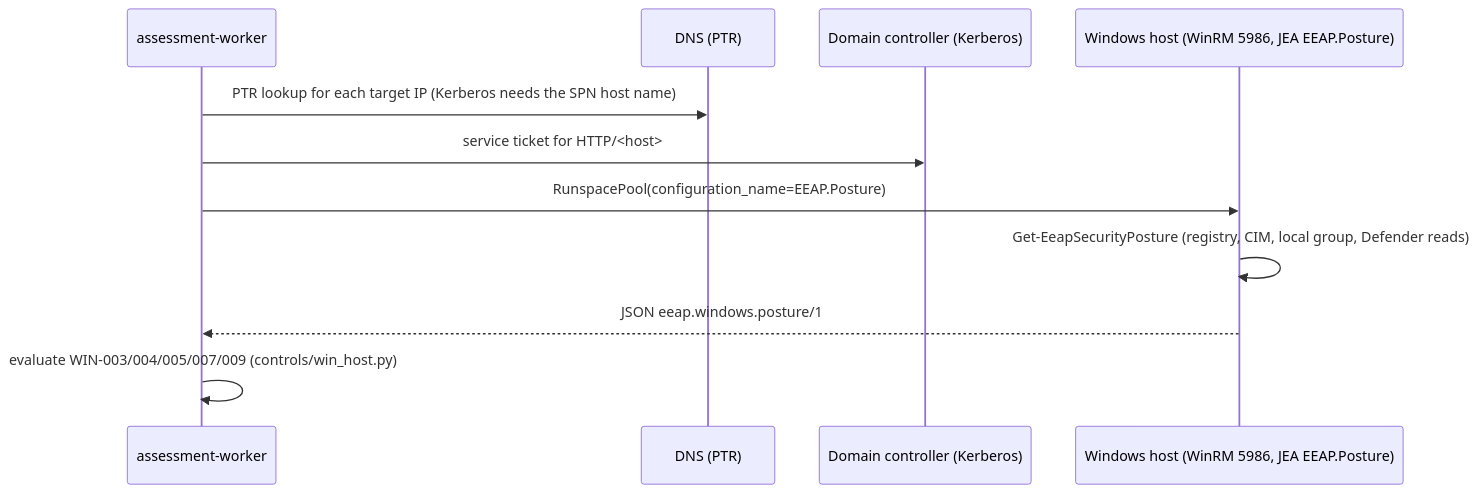
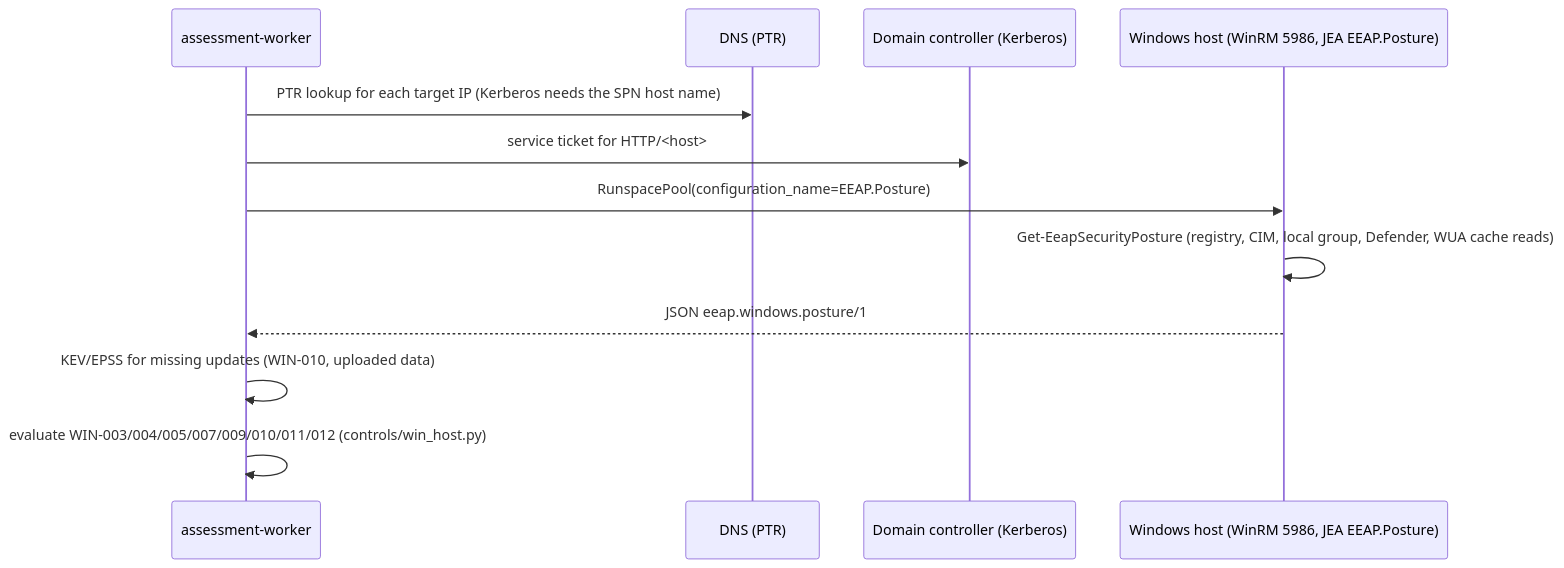
The diagram in eeap/docs/architecture/17-windows-winrm.md (berkepolat/InfraCopilot), drawn with Mermaid before and after one commit. The commit also changed other lines of this file and 14 other files, not shown here.

````diff
--- a/eeap/docs/architecture/17-windows-winrm.md
+++ b/eeap/docs/architecture/17-windows-winrm.md
@@ -10,13 +10,14 @@
 ```mermaid
 sequenceDiagram
     participant W as assessment-worker
     participant DNS as DNS (PTR)
     participant KDC as Domain controller (Kerberos)
     participant H as Windows host (WinRM 5986, JEA EEAP.Posture)
     W->>DNS: PTR lookup for each target IP (Kerberos needs the SPN host name)
     W->>KDC: service ticket for HTTP/<host>
     W->>H: RunspacePool(configuration_name=EEAP.Posture)
-    H->>H: Get-EeapSecurityPosture (registry, CIM, local group, Defender reads)
+    H->>H: Get-EeapSecurityPosture (registry, CIM, local group, Defender, WUA cache reads)
     H-->>W: JSON eeap.windows.posture/1
-    W->>W: evaluate WIN-003/004/005/007/009 (controls/win_host.py)
+    W->>W: KEV/EPSS for missing updates (WIN-010, uploaded data)
+    W->>W: evaluate WIN-003/004/005/007/009/010/011/012 (controls/win_host.py)
 ```
````
